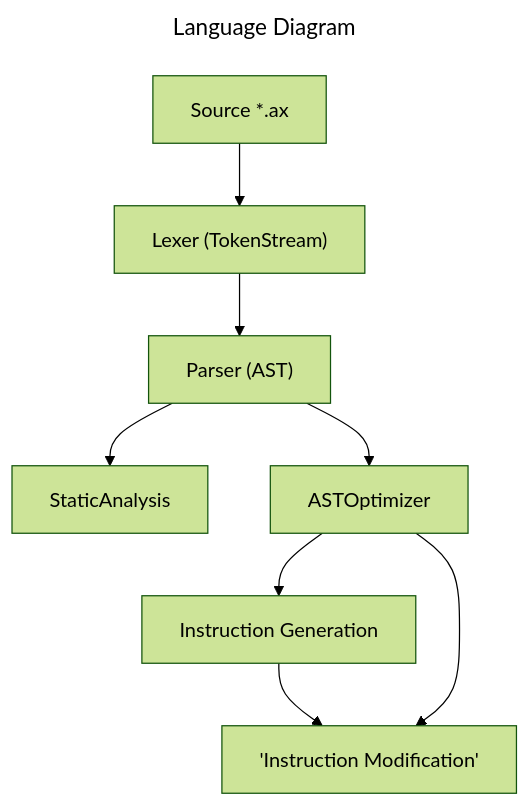
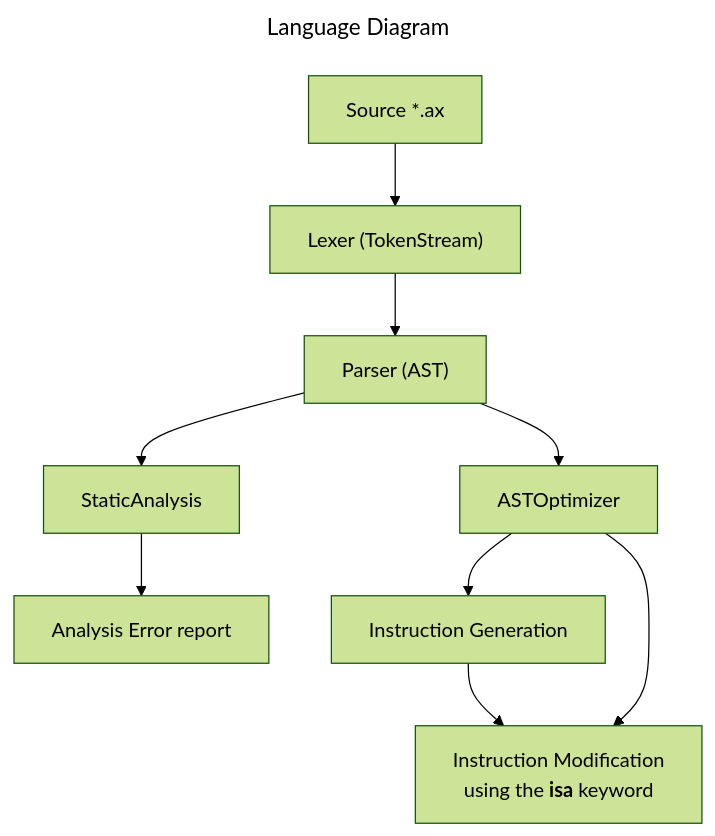
The diagram in README.MD (u64lisa/axiol-language), drawn with Mermaid (forest theme) before and after one commit.

````diff
--- a/README.MD
+++ b/README.MD
@@ -15,20 +15,24 @@
 ```mermaid
 ---
 title: Language Diagram
 ---
 graph TD;
     source["Source *.ax"]
     lexer["Lexer (TokenStream)"]
     source --> lexer
     parser["Parser (AST)"]
     lexer --> parser
     analysis["StaticAnalysis"]
+    error_stage_1["Analysis Error report"]
+    analysis --> error_stage_1
     optimising["ASTOptimizer"]
     parser --> analysis
     parser --> optimising    
     instructionGen["Instruction Generation"]
     optimising --> instructionGen
-    instructionModification["'Instruction Modification'"]
+    instructionModification["`Instruction Modification
+    using the **isa** keyword`"]
     instructionGen --> instructionModification
     optimising --> instructionModification
+    
 ```
````
